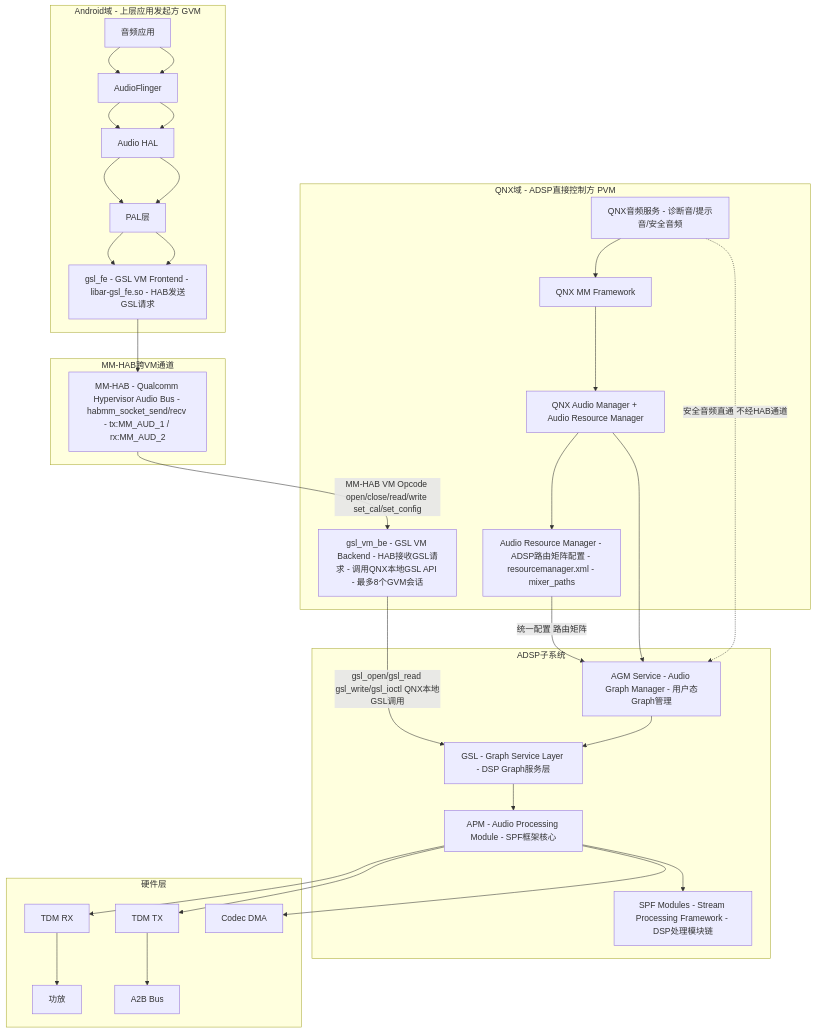
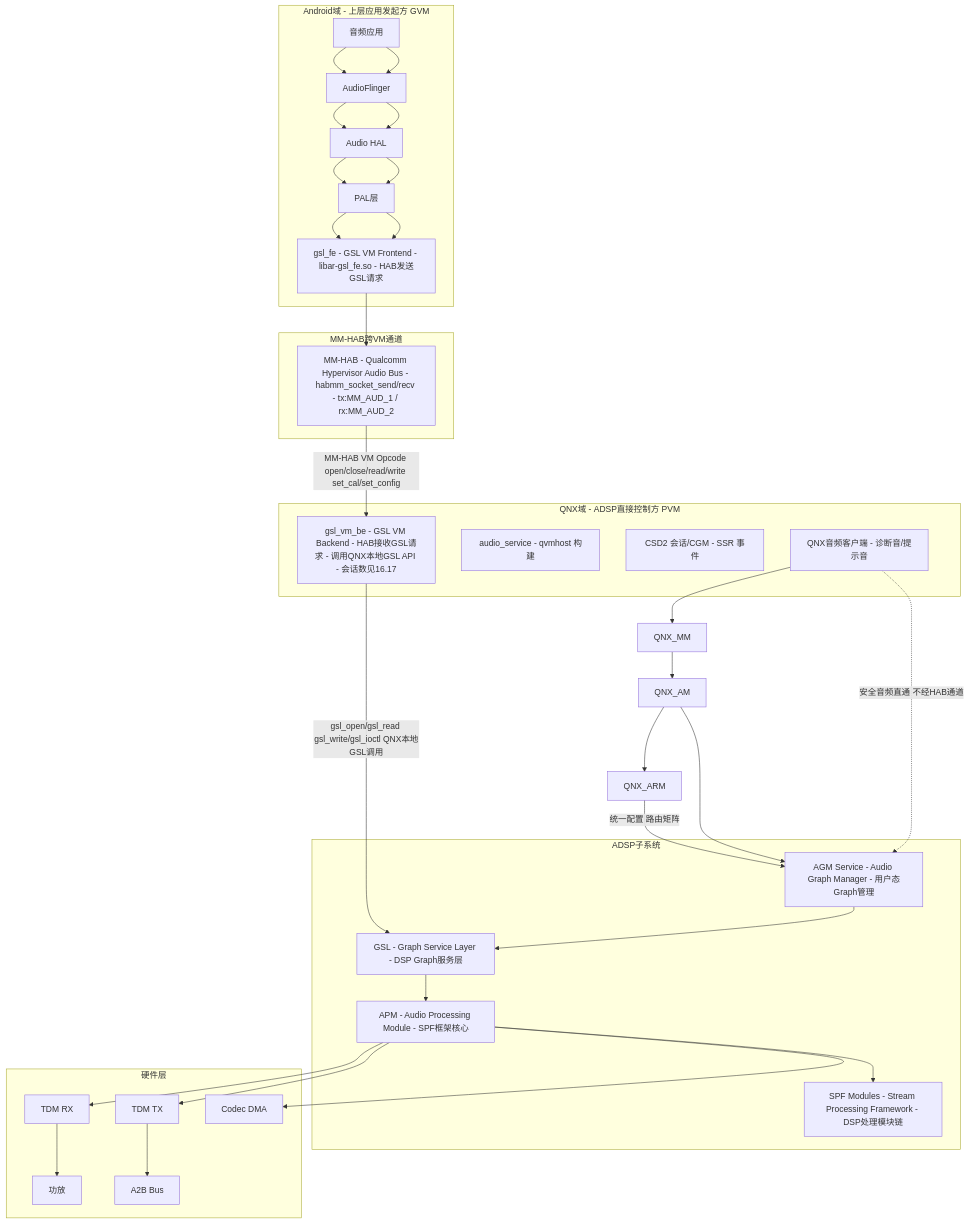
One commit to yanglinzhen1022/SA8295_AAOS_QNX_Audio_KnowledgeBase changed the first of 5 diagrams in 16_Vendor_QNX_Architecture/16_16.1_概述.md. Above: the diagram before and after it, drawn with Mermaid. The commit also changed other lines of this file and 2 other files, not shown here.

````diff
--- a/16_Vendor_QNX_Architecture/16_16.1_概述.md
+++ b/16_Vendor_QNX_Architecture/16_16.1_概述.md
@@ -16,50 +16,49 @@
 ```mermaid
 graph TB
     subgraph Android_Domain[Android域 - 上层应用发起方 GVM]
         App[音频应用] --> AF[AudioFlinger] --> AHAL[Audio HAL] --> PAL[PAL层]
         PAL --> GSL_FE[gsl_fe - GSL VM Frontend - libar-gsl_fe.so - HAB发送GSL请求]
     end
 
     subgraph Cross_VM[MM-HAB跨VM通道]
         HAB_CH[MM-HAB - Qualcomm Hypervisor Audio Bus - habmm_socket_send/recv - tx:MM_AUD_1 / rx:MM_AUD_2]
     end
 
     subgraph QNX_Domain[QNX域 - ADSP直接控制方 PVM]
-        QNX_App[QNX音频服务 - 诊断音/提示音/安全音频]
-        QNX_MM[QNX MM Framework]
-        QNX_AM[QNX Audio Manager + Audio Resource Manager]
-        QNX_ARM[Audio Resource Manager - ADSP路由矩阵配置 - resourcemanager.xml - mixer_paths]
-        GSL_VM_BE[gsl_vm_be - GSL VM Backend - HAB接收GSL请求 - 调用QNX本地GSL API - 最多8个GVM会话]
+        QNX_App[QNX音频客户端 - 诊断音/提示音]
+        QNX_SVC[audio_service - qvmhost 构建]
+        CSD2[CSD2 会话/CGM - SSR 事件]
+        GSL_VM_BE[gsl_vm_be - GSL VM Backend - HAB接收GSL请求 - 调用QNX本地GSL API - 会话数见16.17]
     end
 
     subgraph DSP_Subsystem[ADSP子系统]
         AGM_SVC[AGM Service - Audio Graph Manager - 用户态Graph管理]
         GSL[GSL - Graph Service Layer - DSP Graph服务层]
         APM[APM - Audio Processing Module - SPF框架核心]
         SPF_MODULES[SPF Modules - Stream Processing Framework - DSP处理模块链]
     end
 
     subgraph Hardware[硬件层]
         TDM_TX[TDM TX]
         TDM_RX[TDM RX]
         CODEC_DMA[Codec DMA]
         AMP[功放]
         A2B[A2B Bus]
     end
 
     App --> AF --> AHAL --> PAL --> GSL_FE --> HAB_CH
     HAB_CH -->|MM-HAB VM Opcode open/close/read/write set_cal/set_config| GSL_VM_BE
     GSL_VM_BE -->|gsl_open/gsl_read gsl_write/gsl_ioctl QNX本地GSL调用| GSL
     QNX_App --> QNX_MM --> QNX_AM
     QNX_AM --> QNX_ARM
     QNX_ARM -->|统一配置 路由矩阵| AGM_SVC
     QNX_AM --> AGM_SVC
     AGM_SVC --> GSL --> APM --> SPF_MODULES
     APM --> TDM_TX
     APM --> TDM_RX
     APM --> CODEC_DMA
     TDM_RX --> AMP
     TDM_TX --> A2B
 
     QNX_App -.->|安全音频直通 不经HAB通道| AGM_SVC
 ```
````
